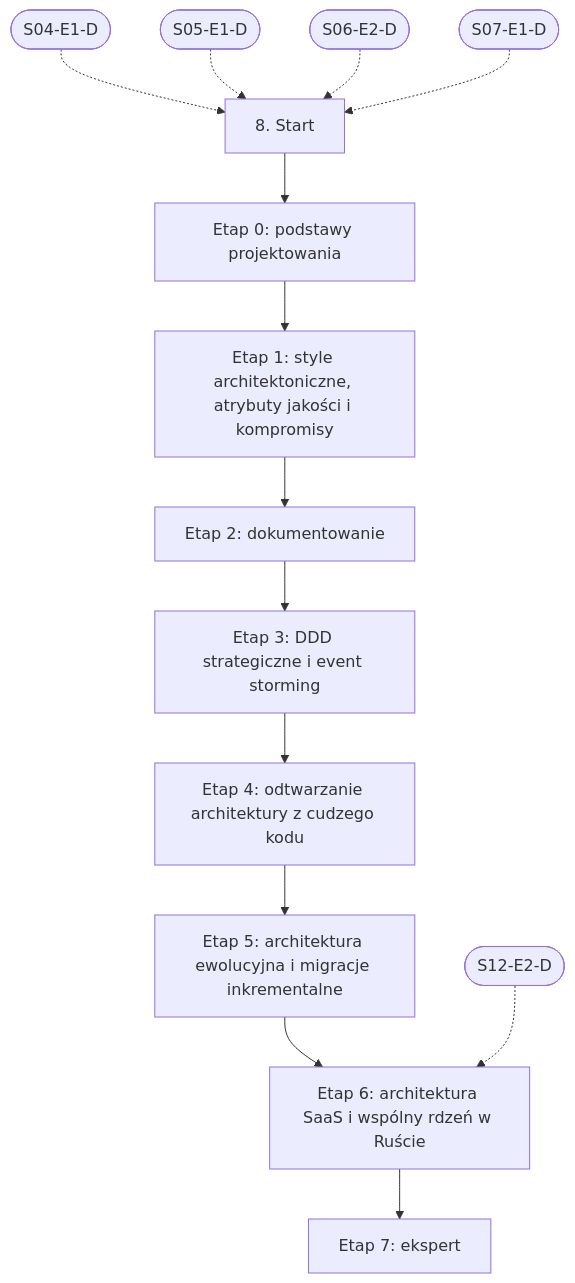
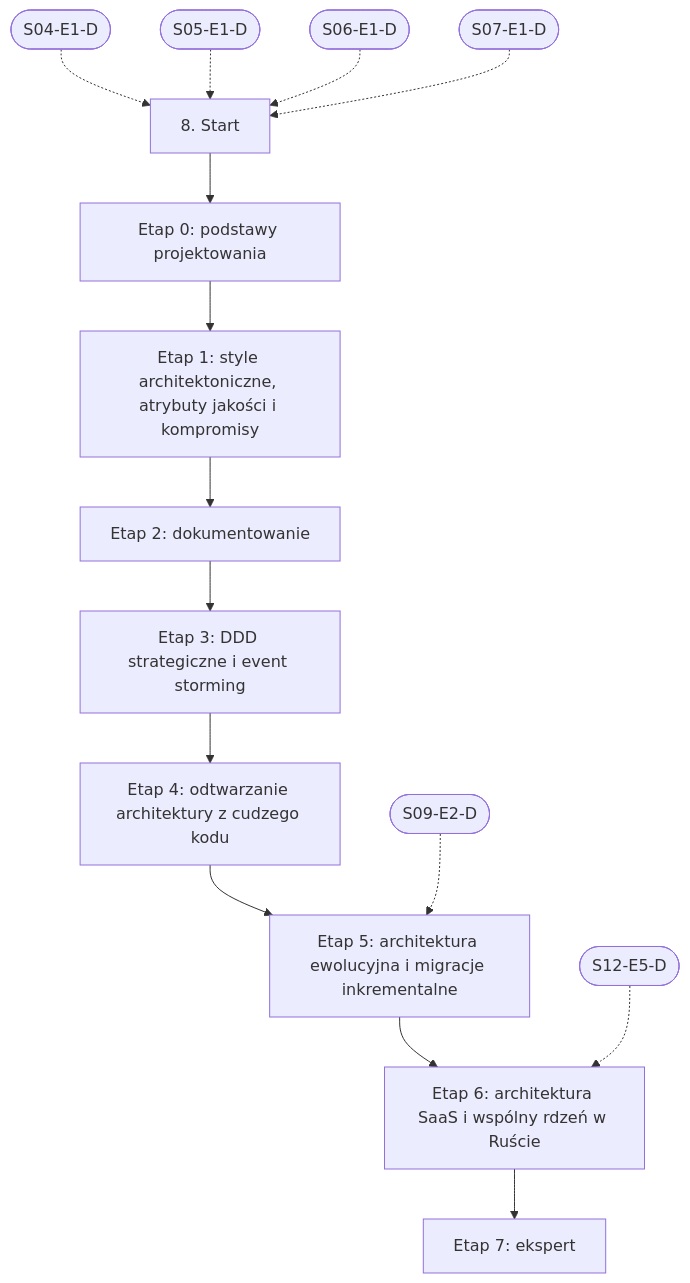
One commit to danjarosz/software-development-learning-path changed the diagram in linear/08-architektura-i-projektowanie-systemow.md. Above: the diagram before and after it, drawn with Mermaid. The commit also changed other lines of this file and 65 other files, not shown here.

First line of the commit message:
feat: popraw ścieżki nauki po przeglądzie i dodaj NestJS, FastAPI i GraphQL

````diff
--- a/linear/08-architektura-i-projektowanie-systemow.md
+++ b/linear/08-architektura-i-projektowanie-systemow.md
@@ -98,25 +95,26 @@
 ```mermaid
 flowchart TD
   START["8. Start"]
   E0["Etap 0: podstawy projektowania"]
   E1["Etap 1: style architektoniczne, atrybuty jakości i kompromisy"]
   E2["Etap 2: dokumentowanie"]
   E3["Etap 3: DDD strategiczne i event storming"]
   E4["Etap 4: odtwarzanie architektury z cudzego kodu"]
   E5["Etap 5: architektura ewolucyjna i migracje inkrementalne"]
   E6["Etap 6: architektura SaaS i wspólny rdzeń w Ruście"]
   E7["Etap 7: ekspert"]
   START --> E0
   E0 --> E1
   E1 --> E2
   E2 --> E3
   E3 --> E4
   E4 --> E5
+  XS09E2D(["S09-E2-D"]) -.-> E5
   E5 --> E6
-  XS12E2D(["S12-E2-D"]) -.-> E6
+  XS12E5D(["S12-E5-D"]) -.-> E6
   E6 --> E7
   XS04E1D(["S04-E1-D"]) -.-> START
   XS05E1D(["S05-E1-D"]) -.-> START
-  XS06E2D(["S06-E2-D"]) -.-> START
+  XS06E1D(["S06-E1-D"]) -.-> START
   XS07E1D(["S07-E1-D"]) -.-> START
 ```
````
